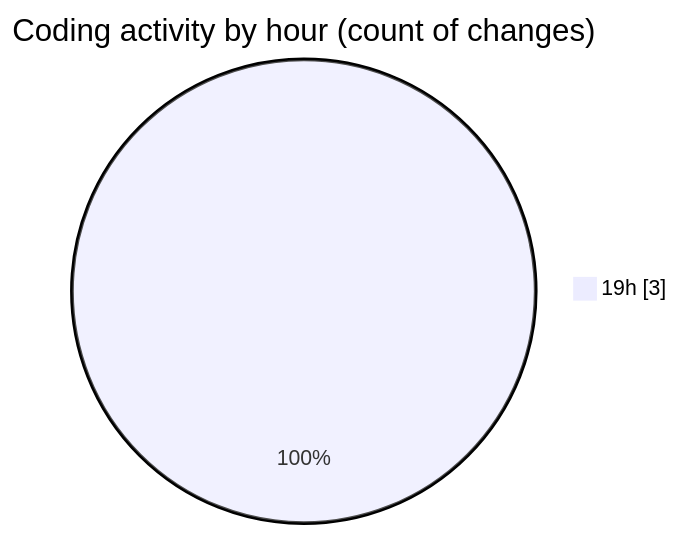
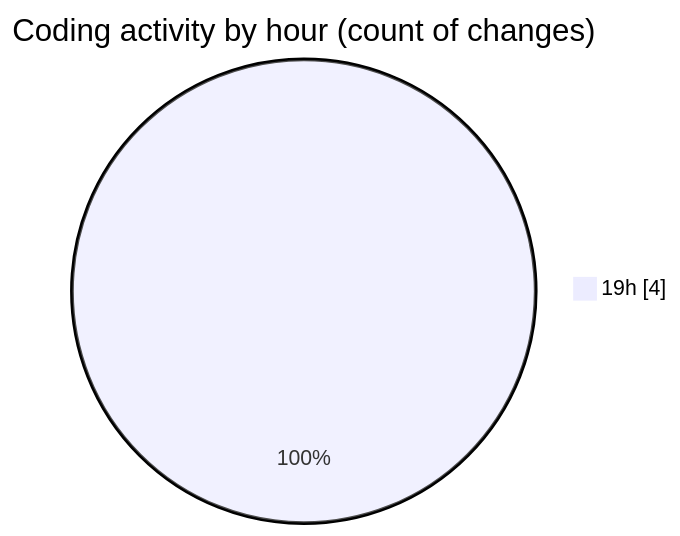
The second of 2 diagrams in 2025-02-22/coding_prac_7/README.md (NitaiMahat/code-tracking), drawn with Mermaid before and after one commit. The commit also changed other lines of this file and 1 other file, not shown here.

````diff
--- a/2025-02-22/coding_prac_7/README.md
+++ b/2025-02-22/coding_prac_7/README.md
@@ -28,5 +28,5 @@
 ```mermaid
 pie showData
 title Coding activity by hour (count of changes)
-"19h" : 3
+"19h" : 4
 ```
````
